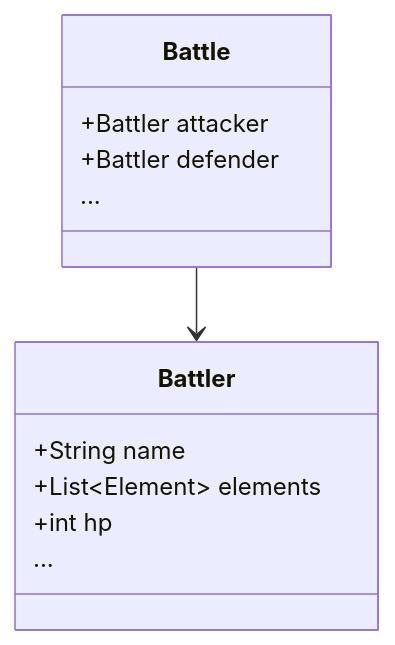
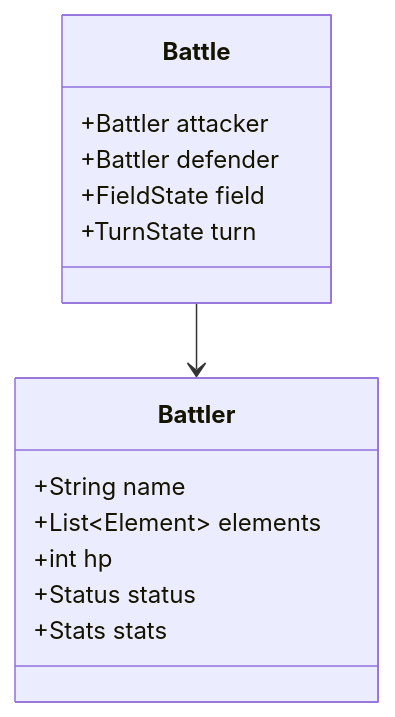
One commit to kimmandoo/blog changed the first of 6 diagrams in posts/oop-pokemon/oop-pokemon-1.md. Above: the diagram before and after it, drawn with Mermaid. The commit also changed other lines of this file and 40 other files, not shown here.

````diff
--- a/posts/oop-pokemon/oop-pokemon-1.md
+++ b/posts/oop-pokemon/oop-pokemon-1.md
@@ -20,17 +28,19 @@
 ```mermaid
 classDiagram
     class Battle {
         +Battler attacker
         +Battler defender
-        ...
+        +FieldState field
+        +TurnState turn
     }
 
     class Battler {
         +String name
         +List~Element~ elements
         +int hp
-        ...
+        +Status status
+        +Stats stats
     }
 
     Battle --> Battler
 ```
````
